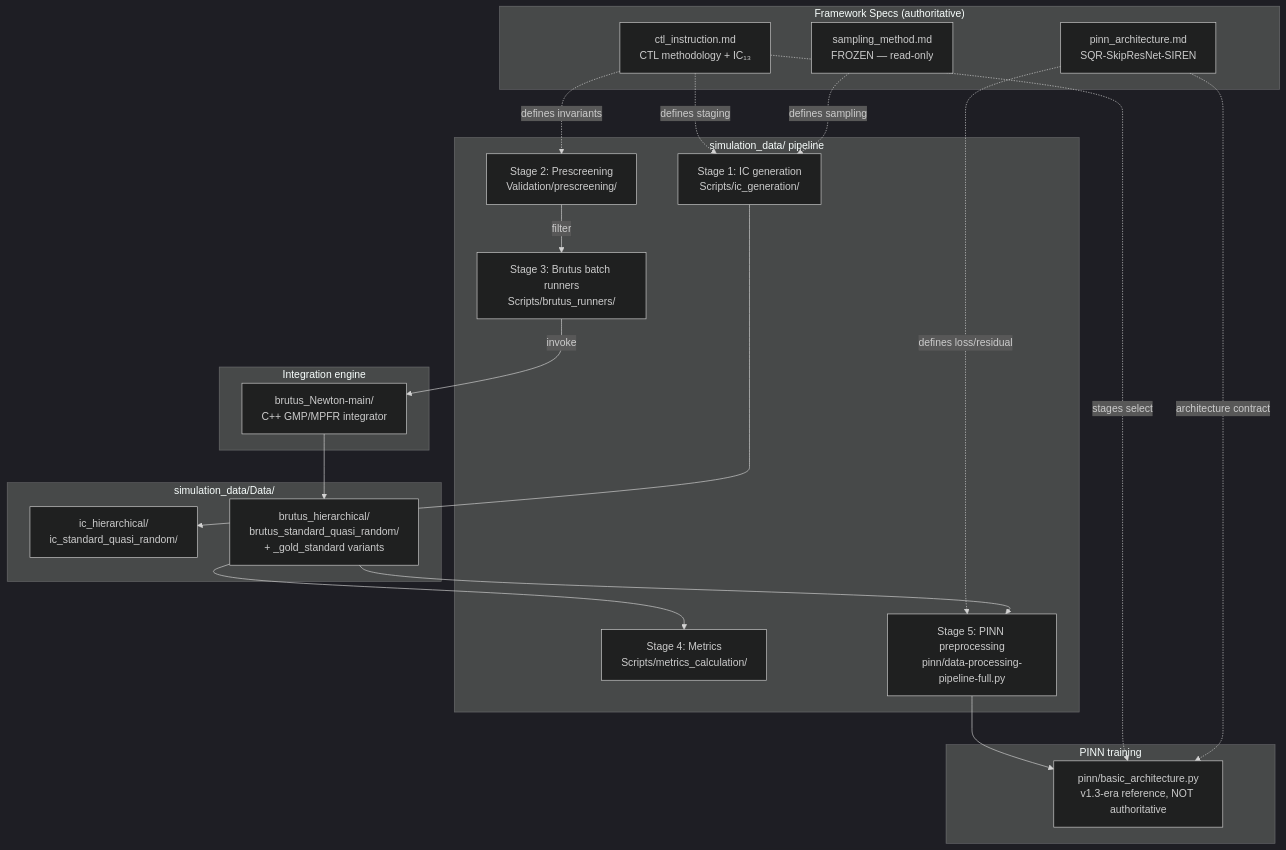
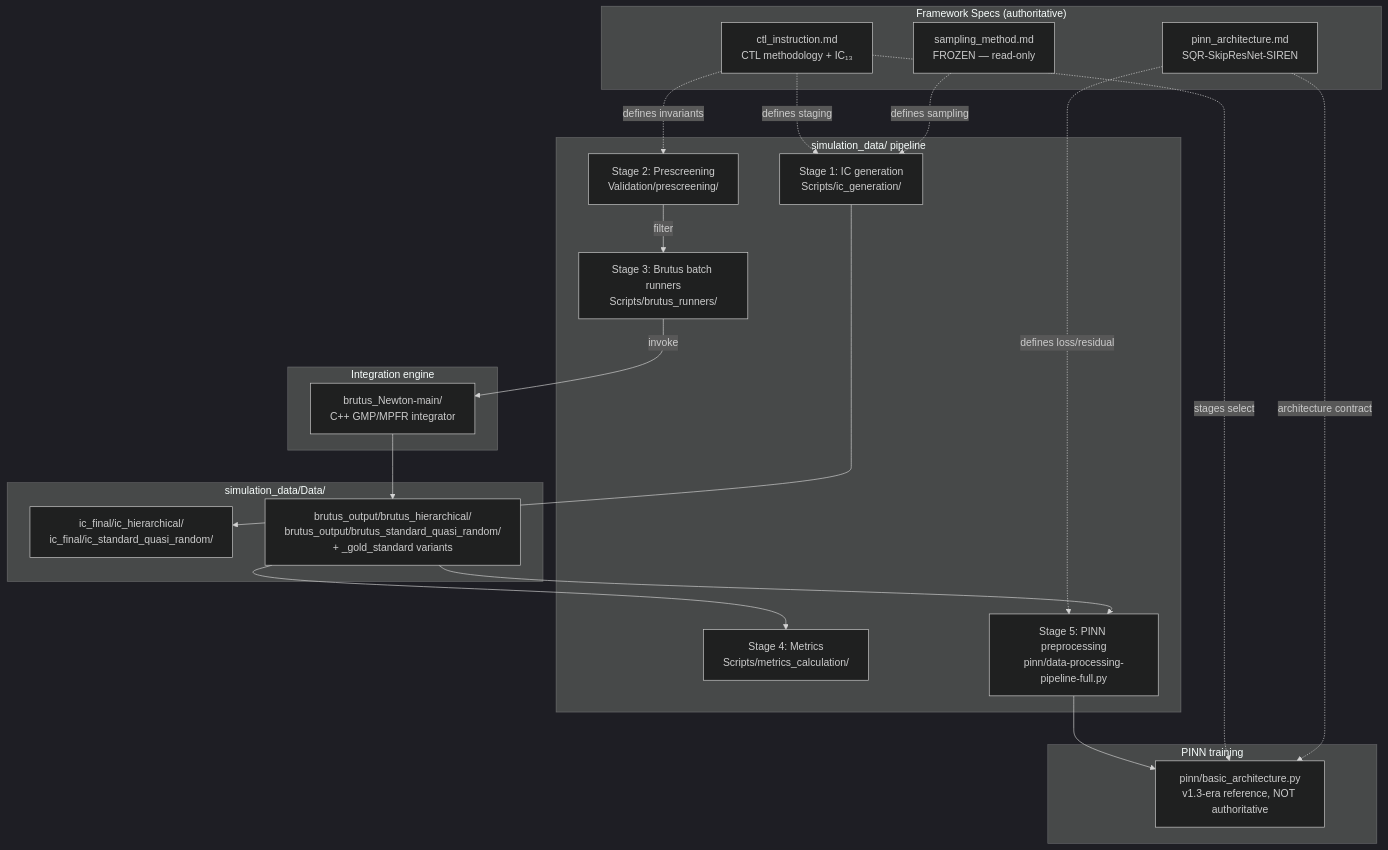
Before and after one commit to Starlordpd233/ThreeBody-PINN: the diagram in docs/ARCHITECTURE.md, drawn with Mermaid (dark theme). The commit also changed other lines of this file and 5 other files, not shown here.

````diff
--- a/docs/ARCHITECTURE.md
+++ b/docs/ARCHITECTURE.md
@@ -19,44 +19,44 @@
 ```mermaid
 graph TD
     subgraph Framework["Framework Specs (authoritative)"]
         CTL[ctl_instruction.md<br/>CTL methodology + IC₁₃]
         ARCH[pinn_architecture.md<br/>SQR-SkipResNet-SIREN]
         SAMP[sampling_method.md<br/>FROZEN — read-only]
     end
 
     subgraph Pipeline["simulation_data/ pipeline"]
         S1[Stage 1: IC generation<br/>Scripts/ic_generation/]
         S2[Stage 2: Prescreening<br/>Validation/prescreening/]
         S3[Stage 3: Brutus batch runners<br/>Scripts/brutus_runners/]
         S4[Stage 4: Metrics<br/>Scripts/metrics_calculation/]
         S5[Stage 5: PINN preprocessing<br/>pinn/data-processing-pipeline-full.py]
     end
 
     subgraph Engine["Integration engine"]
         BRUTUS[brutus_Newton-main/<br/>C++ GMP/MPFR integrator]
     end
 
     subgraph Dataset["simulation_data/Data/"]
-        ICF[ic_hierarchical/<br/>ic_standard_quasi_random/]
-        BOF[brutus_hierarchical/<br/>brutus_standard_quasi_random/<br/>+ _gold_standard variants]
+        ICF[ic_final/ic_hierarchical/<br/>ic_final/ic_standard_quasi_random/]
+        BOF[brutus_output/brutus_hierarchical/<br/>brutus_output/brutus_standard_quasi_random/<br/>+ _gold_standard variants]
     end
 
     subgraph Training["PINN training"]
         REF[pinn/basic_architecture.py<br/>v1.3-era reference, NOT authoritative]
     end
 
     CTL -. defines staging .-> S1
     CTL -. defines invariants .-> S2
     ARCH -. defines loss/residual .-> S5
     SAMP -. defines sampling .-> S1
 
     S1 --> ICF
     S2 -->|filter| S3
     S3 -->|invoke| BRUTUS
     BRUTUS --> BOF
     BOF --> S4
     BOF --> S5
     S5 --> REF
     CTL -. stages select .-> REF
     ARCH -. architecture contract .-> REF
 ```
````
